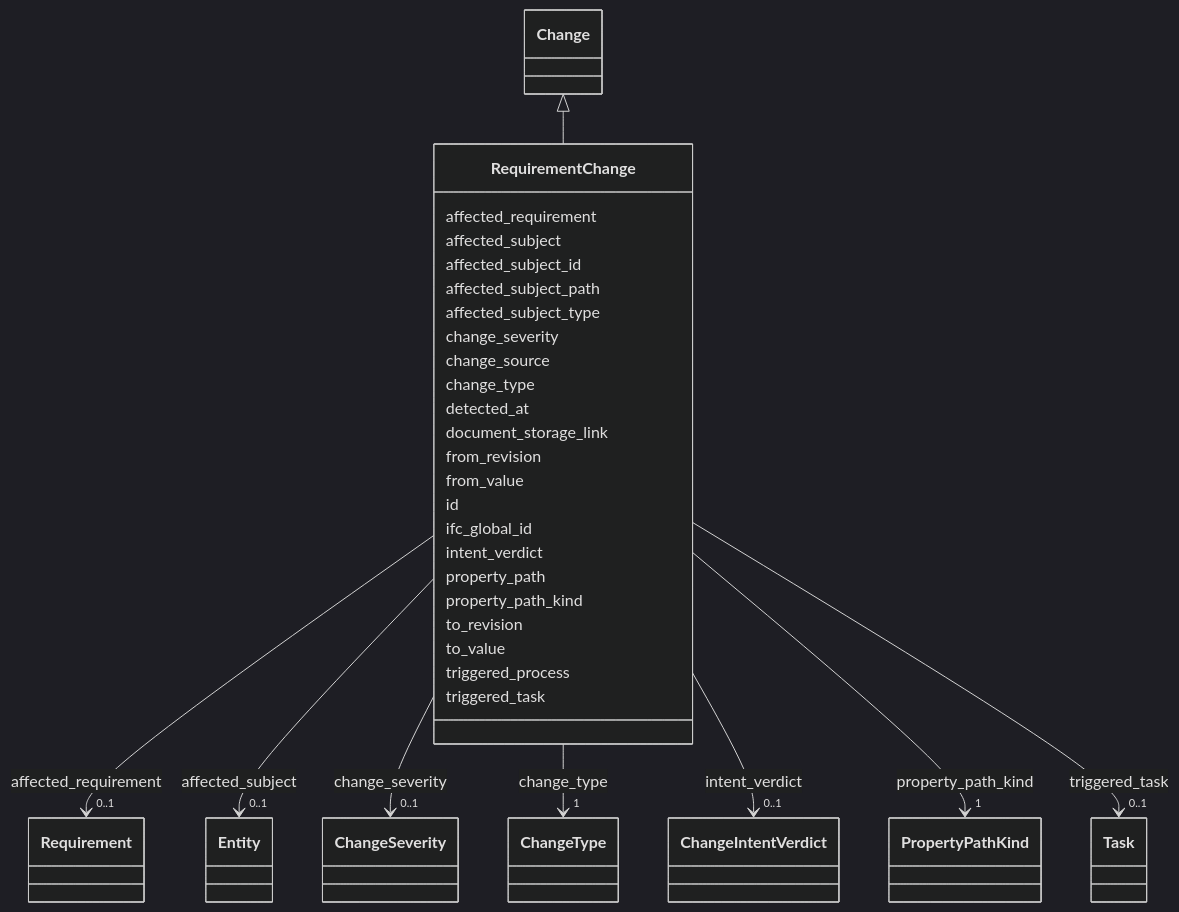
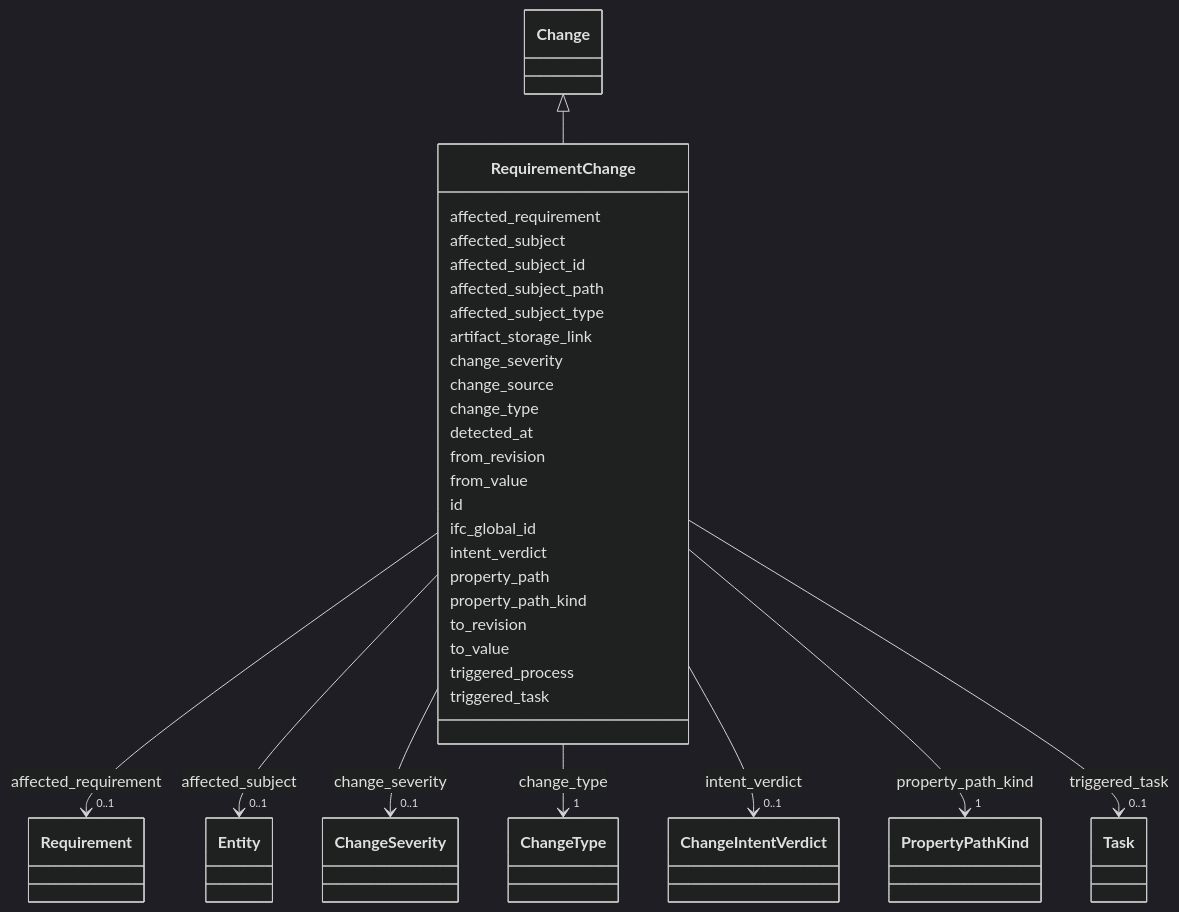
One commit to simondilhas/pragmatic-bim-data-contract changed the diagram in site/schema/.md-src/RequirementChange.md. Above: the diagram before and after it, drawn with Mermaid (dark theme). The commit also changed other lines of this file and 510 other files, not shown here.

First line of the commit message:
Update mkdocs configuration, schema files, and documentation for improved clarity and consistency

````diff
--- a/site/schema/.md-src/RequirementChange.md
+++ b/site/schema/.md-src/RequirementChange.md
@@ -23,42 +23,42 @@
 ```mermaid
  classDiagram
     class RequirementChange
     click RequirementChange href "./RequirementChange.html"
       Change <|-- RequirementChange
         click Change href "./Change.html"
       RequirementChange : affected_requirement
         RequirementChange --> "0..1" Requirement : affected_requirement
         click Requirement href "./Requirement.html"
       RequirementChange : affected_subject
         RequirementChange --> "0..1" Entity : affected_subject
         click Entity href "./Entity.html"
       RequirementChange : affected_subject_id
       RequirementChange : affected_subject_path
       RequirementChange : affected_subject_type
+      RequirementChange : artifact_storage_link
       RequirementChange : change_severity
         RequirementChange --> "0..1" ChangeSeverity : change_severity
         click ChangeSeverity href "./ChangeSeverity.html"
       RequirementChange : change_source
       RequirementChange : change_type
         RequirementChange --> "1" ChangeType : change_type
         click ChangeType href "./ChangeType.html"
       RequirementChange : detected_at
-      RequirementChange : document_storage_link
       RequirementChange : from_revision
       RequirementChange : from_value
       RequirementChange : id
       RequirementChange : ifc_global_id
       RequirementChange : intent_verdict
         RequirementChange --> "0..1" ChangeIntentVerdict : intent_verdict
         click ChangeIntentVerdict href "./ChangeIntentVerdict.html"
       RequirementChange : property_path
       RequirementChange : property_path_kind
         RequirementChange --> "1" PropertyPathKind : property_path_kind
         click PropertyPathKind href "./PropertyPathKind.html"
       RequirementChange : to_revision
       RequirementChange : to_value
       RequirementChange : triggered_process
       RequirementChange : triggered_task
         RequirementChange --> "0..1" Task : triggered_task
         click Task href "./Task.html"
 ```
````
